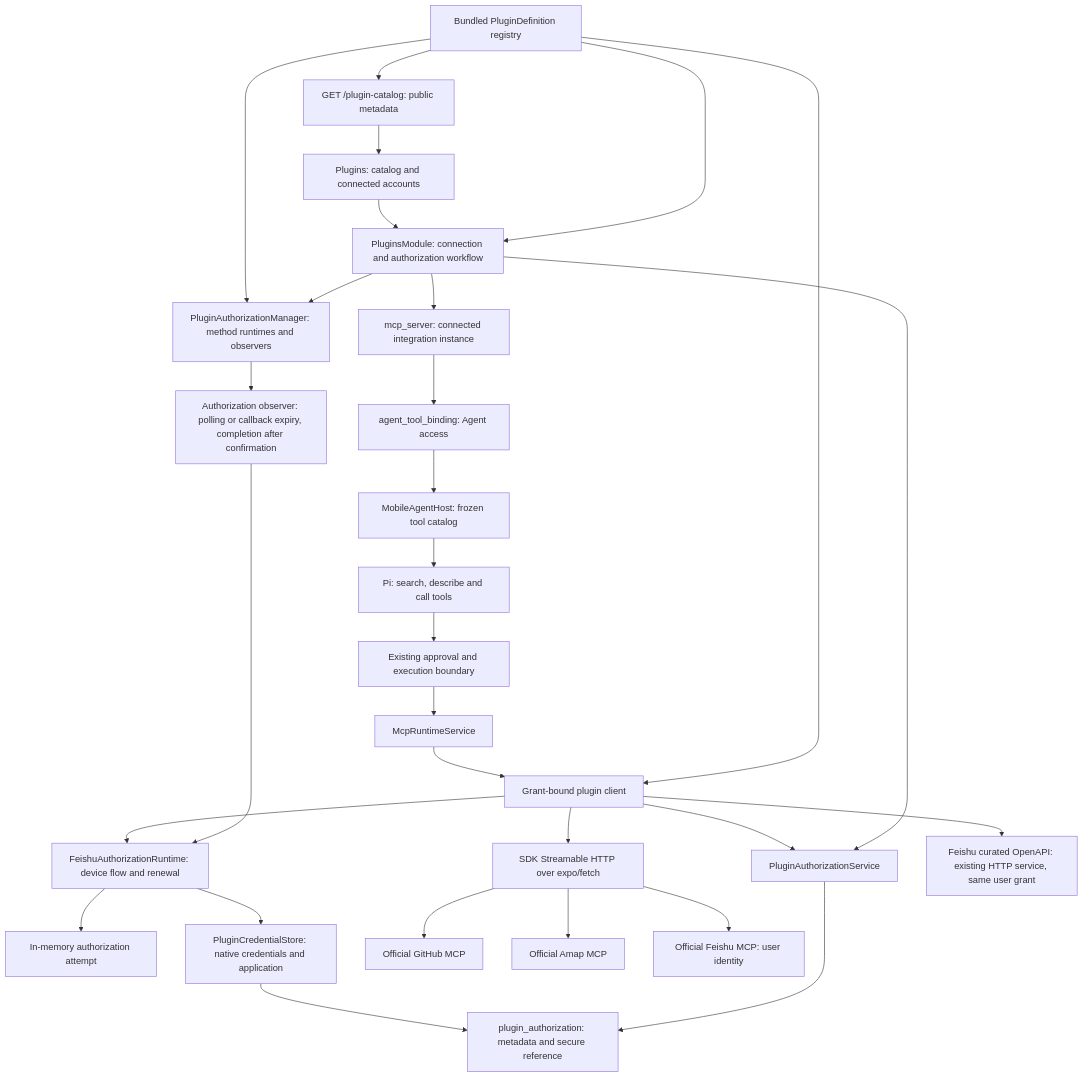
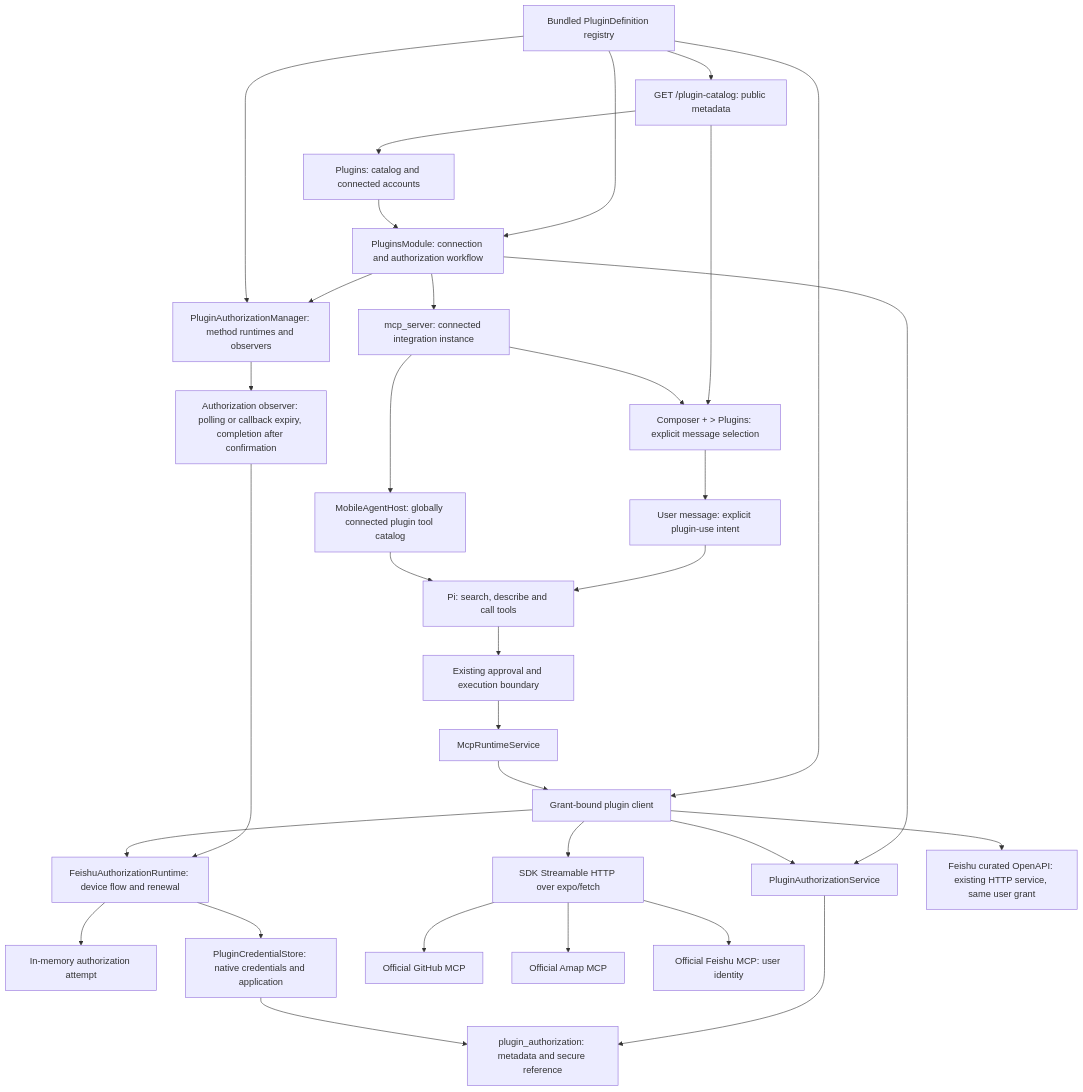
One commit to CherryHQ/cherry-studio-app changed the diagram in docs/references/agent/built-in-mcp-design.md. Above: the diagram before and after it, drawn with Mermaid. The commit also changed other lines of this file and 54 other files, not shown here.

First line of the commit message:
feat(chat-input): select plugins per message from the add menu (#890)

````diff
--- a/docs/references/agent/built-in-mcp-design.md
+++ b/docs/references/agent/built-in-mcp-design.md
@@ -373,31 +397,34 @@
 ```mermaid
 flowchart TD
   Registry["Bundled PluginDefinition registry"] --> Catalog["GET /plugin-catalog: public metadata"]
   Catalog --> Settings["Plugins: catalog and connected accounts"]
   Registry --> Workflow["PluginsModule: connection and authorization workflow"]
   Settings --> Workflow
   Registry --> Client["Grant-bound plugin client"]
   Workflow --> Auth["PluginAuthorizationService"]
   Auth --> AuthTable["plugin_authorization: metadata and secure reference"]
   Workflow --> Manager["PluginAuthorizationManager: method runtimes and observers"]
   Registry --> Manager
   Manager --> Observer["Authorization observer: polling or callback expiry, completion after confirmation"]
   Observer --> UserAuth["FeishuAuthorizationRuntime: device flow and renewal"]
   UserAuth --> State["In-memory authorization attempt"]
   UserAuth --> Secrets["PluginCredentialStore: native credentials and application"]
   Secrets --> AuthTable
   Workflow --> Server["mcp_server: connected integration instance"]
-  Server --> Binding["agent_tool_binding: Agent access"]
-  Binding --> Host["MobileAgentHost: frozen tool catalog"]
+  Catalog --> Picker["Composer + > Plugins: explicit message selection"]
+  Server --> Picker
+  Server --> Host["MobileAgentHost: globally connected plugin tool catalog"]
+  Picker --> Intent["User message: explicit plugin-use intent"]
+  Intent --> Pi
   Host --> Pi["Pi: search, describe and call tools"]
   Pi --> Approval["Existing approval and execution boundary"]
   Approval --> MCP["McpRuntimeService"]
   MCP --> Client
   Client --> Auth
   Client --> UserAuth
   Client --> Remote["SDK Streamable HTTP over expo/fetch"]
   Remote --> GitHub["Official GitHub MCP"]
   Remote --> Amap["Official Amap MCP"]
   Remote --> Feishu["Official Feishu MCP: user identity"]
   Client --> FeishuApi["Feishu curated OpenAPI: existing HTTP service, same user grant"]
 ```
````
